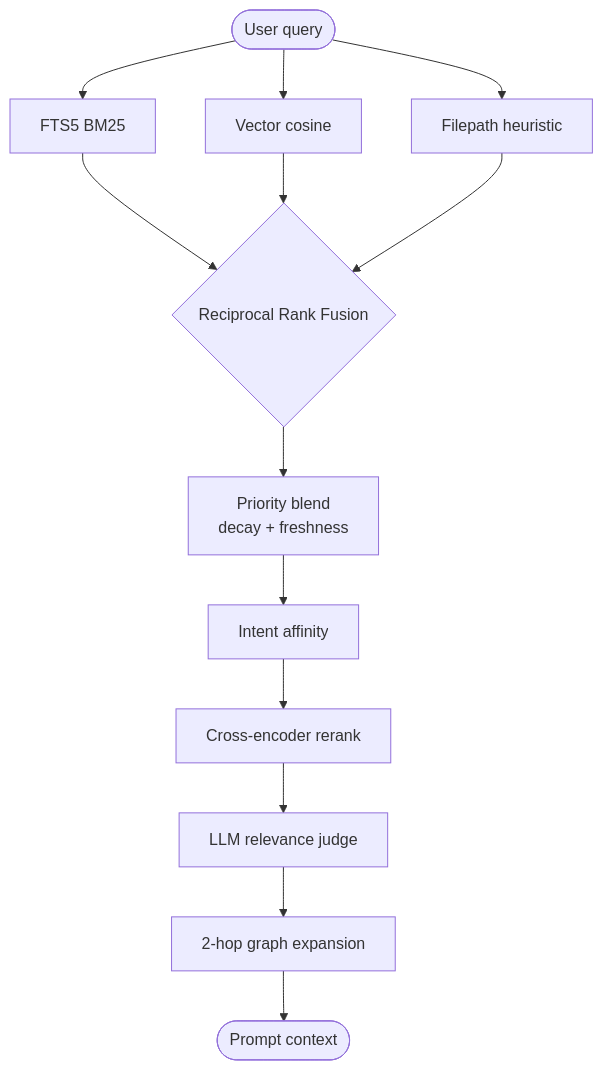
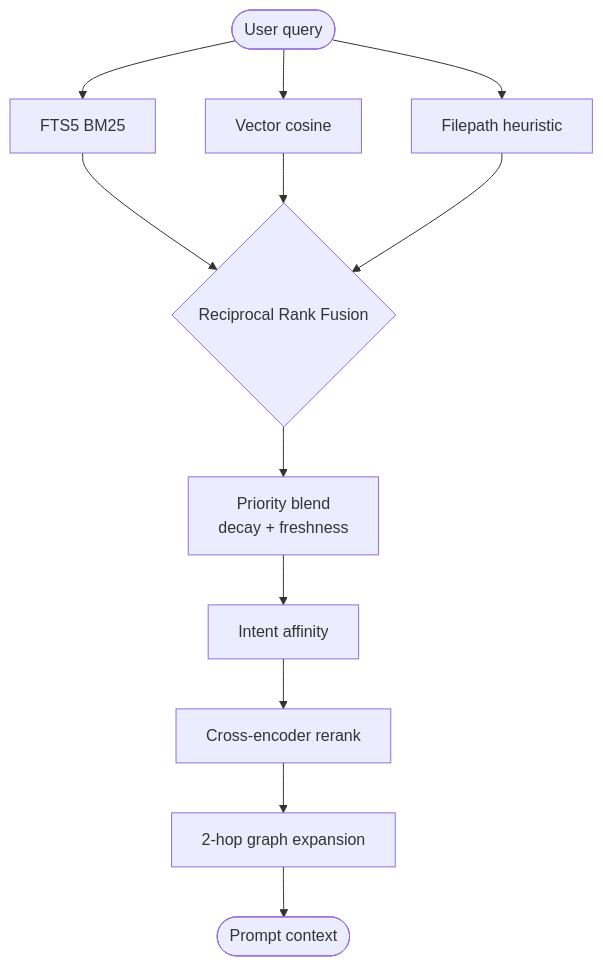
One commit to kinqsradiollc/BrainRouter changed the second of 2 diagrams in brainrouter-docs/memory-engine.md. Above: the diagram before and after it, drawn with Mermaid. The commit also changed other lines of this file and 170 other files, not shown here.

````diff
--- a/brainrouter-docs/memory-engine.md
+++ b/brainrouter-docs/memory-engine.md
@@ -94,15 +94,14 @@
 ```mermaid
 graph TD
     Query([User query]) --> FTS[FTS5 BM25]
     Query --> Vec[Vector cosine]
     Query --> Path[Filepath heuristic]
     FTS --> RRF{Reciprocal Rank Fusion}
     Vec --> RRF
     Path --> RRF
     RRF --> Blend[Priority blend<br/>decay + freshness]
     Blend --> Affinity[Intent affinity]
     Affinity --> Rerank[Cross-encoder rerank]
-    Rerank --> Judge[LLM relevance judge]
-    Judge --> Graph[2-hop graph expansion]
+    Rerank --> Graph[2-hop graph expansion]
     Graph --> Out([Prompt context])
 ```
````
